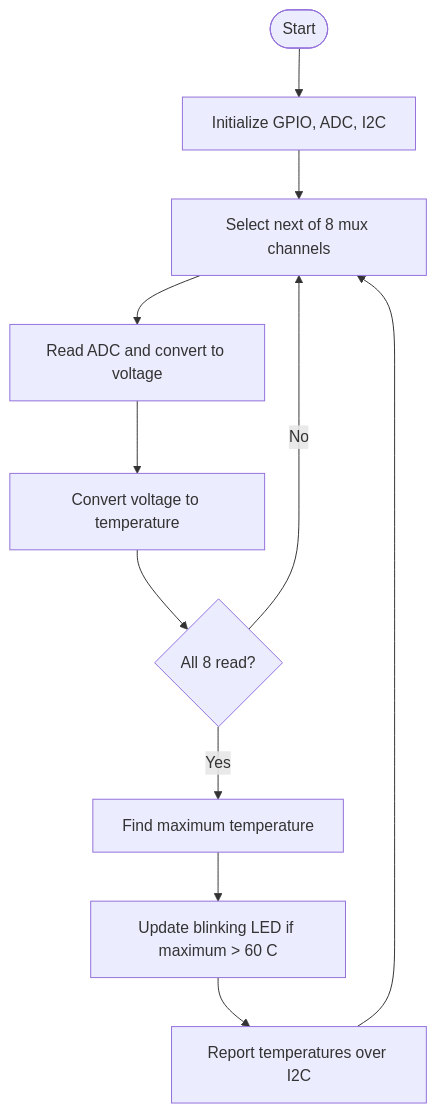
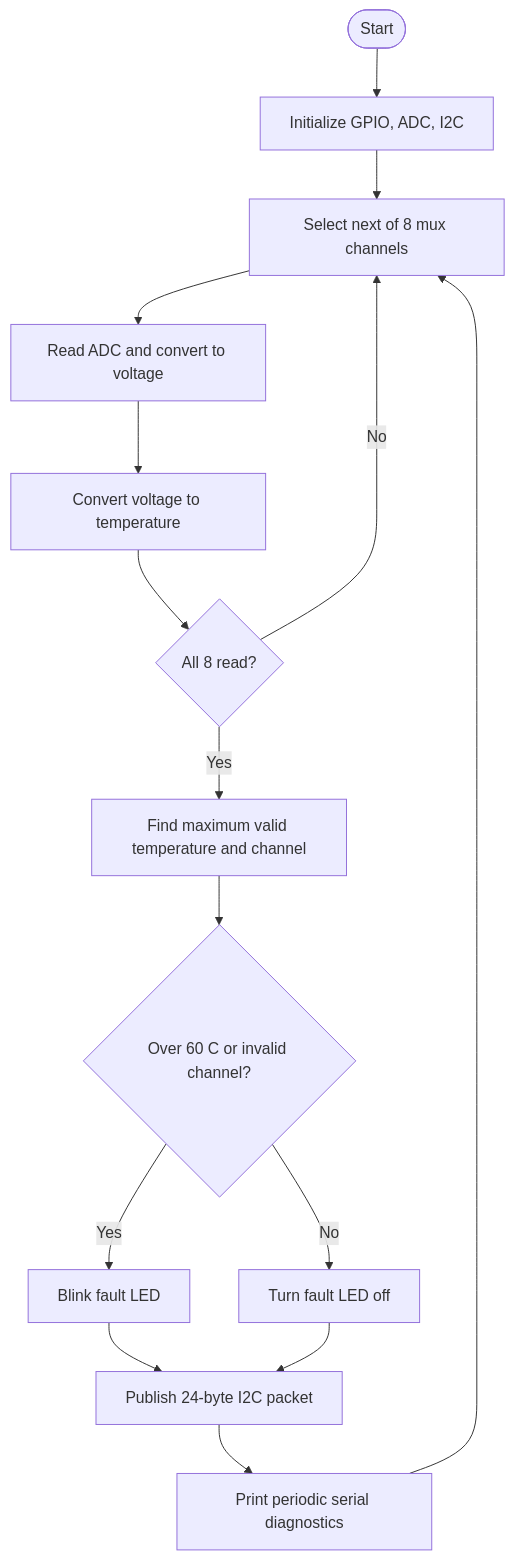
The diagram in docs/software-flowchart.md (ak4754710/rfr27-newmember-08), drawn with Mermaid before and after one commit. The commit also changed 3 other files, not shown here.

Commit message:
feat: implement eight-channel temperature scanner firmware

````diff
--- a/docs/software-flowchart.md
+++ b/docs/software-flowchart.md
@@ -1,13 +1,17 @@
 ```mermaid
 flowchart TD
     A([Start]) --> B[Initialize GPIO, ADC, I2C]
     B --> C[Select next of 8 mux channels]
     C --> D[Read ADC and convert to voltage]
     D --> E[Convert voltage to temperature]
     E --> F{All 8 read?}
     F -- No --> C
-    F -- Yes --> G[Find maximum temperature]
-    G --> H[Update blinking LED if maximum > 60 C]
-    H --> I[Report temperatures over I2C]
-    I --> C
+    F -- Yes --> G[Find maximum valid temperature and channel]
+    G --> H{Over 60 C or invalid channel?}
+    H -- Yes --> I[Blink fault LED]
+    H -- No --> J[Turn fault LED off]
+    I --> K[Publish 24-byte I2C packet]
+    J --> K
+    K --> L[Print periodic serial diagnostics]
+    L --> C
 ```
````
